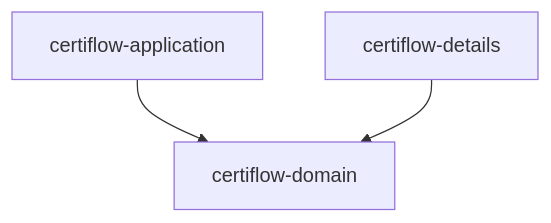
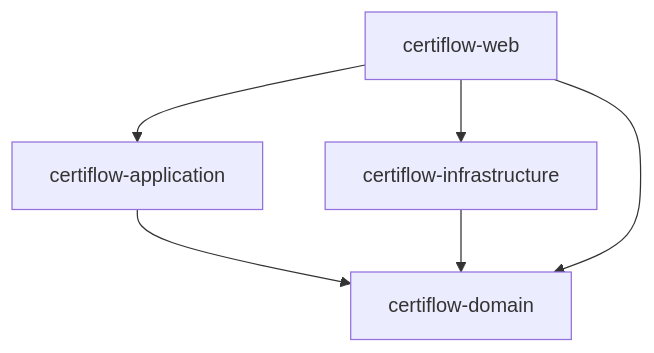
The second of 2 diagrams in DESIGN.md (ivovila/TP-Integrador-DPS), drawn with Mermaid before and after one commit. The commit also changed other lines of this file and 4 other files, not shown here.

Commit message:
Document the DDD architecture, persistence and REST API decisions

````diff
--- a/DESIGN.md
+++ b/DESIGN.md
@@ -44,5 +82,8 @@
 ```mermaid
 flowchart TD
-    application["certiflow-application"] --> domain["certiflow-domain"]
-    details["certiflow-details"] --> domain
+    web["certiflow-web"] --> application["certiflow-application"]
+    web --> infrastructure["certiflow-infrastructure"]
+    application --> domain["certiflow-domain"]
+    infrastructure --> domain
+    web --> domain
 ```
````
